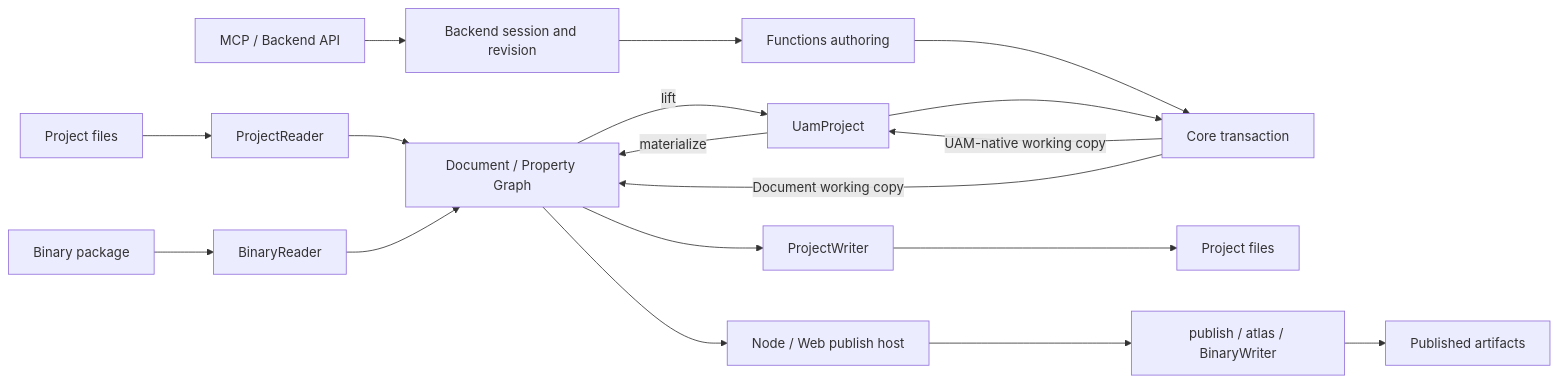
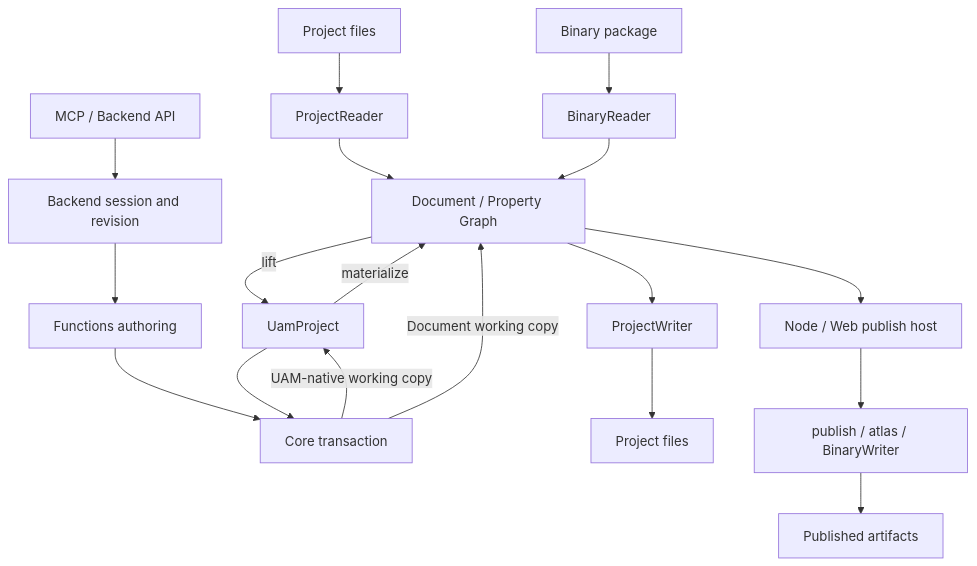
One commit to OpenFairyGUI/OpenFairyGUI changed the diagram in docs/en/architecture-overview.md. Above: the diagram before and after it, drawn with Mermaid. The commit also changed 5 other files, not shown here.

````diff
--- a/docs/en/architecture-overview.md
+++ b/docs/en/architecture-overview.md
@@ -28,14 +28,14 @@
 ```mermaid
-flowchart LR
+flowchart TD
     SOURCE["Project files"] --> READER["ProjectReader"] --> DOC["Document / Property Graph"]
     BINARY["Binary package"] --> BR["BinaryReader"] --> DOC
     DOC -->|lift| UAM["UamProject"]
     UAM -->|materialize| DOC
     MCP["MCP / Backend API"] --> SESSION["Backend session and revision"]
     SESSION --> APP["Functions authoring"] --> TX["Core transaction"]
     UAM --> TX
     TX -->|UAM-native working copy| UAM
     TX -->|Document working copy| DOC
     DOC --> WRITER["ProjectWriter"] --> OUTPUT["Project files"]
     DOC --> HOST["Node / Web publish host"] --> PUBLISH["publish / atlas / BinaryWriter"] --> ART["Published artifacts"]
 ```
````
